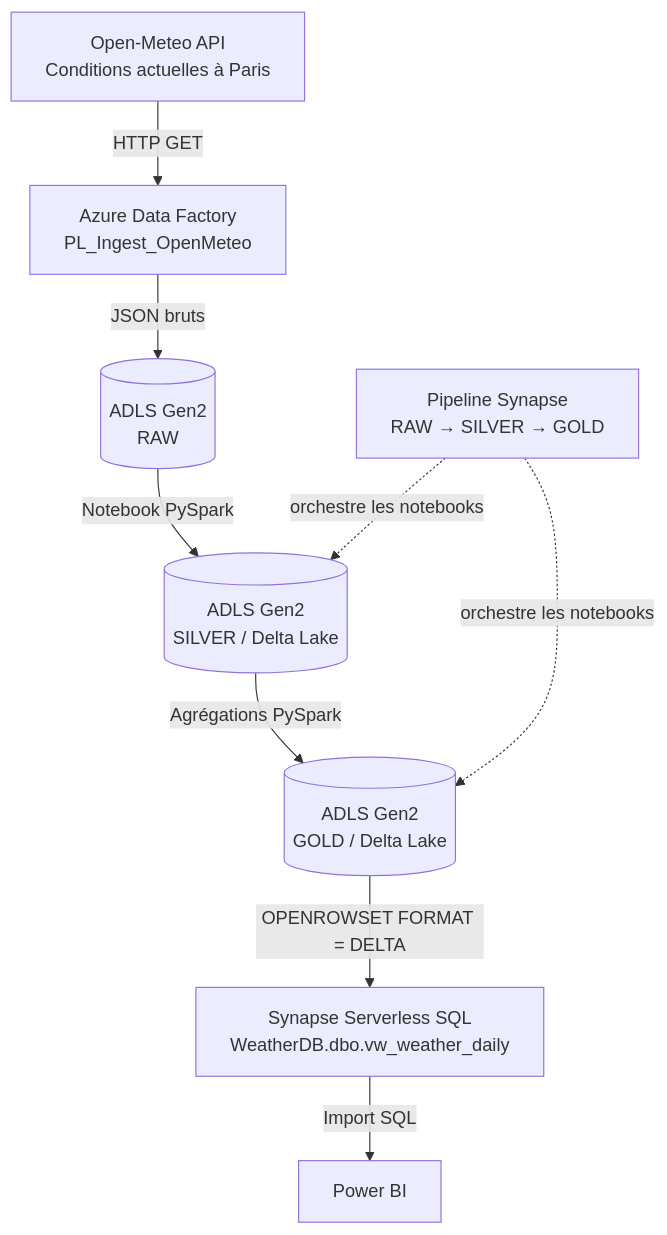
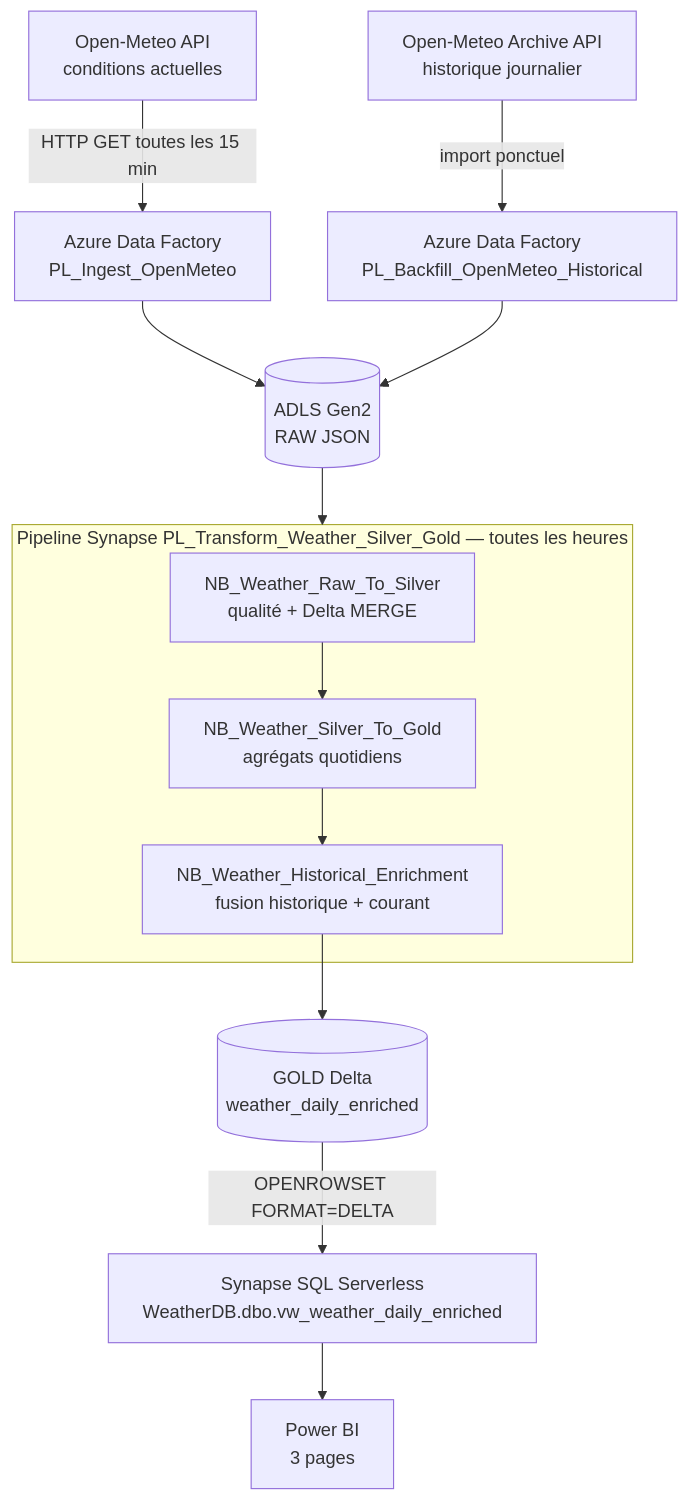
Before and after one commit to RayelenGuesmi/5CLOU-Paris-Weather-Analytics: the diagram in README.md, drawn with Mermaid. The commit also changed other lines of this file, not shown here.

````diff
--- a/README.md
+++ b/README.md
@@ -11,11 +11,15 @@
 ```mermaid
 flowchart TD
-    A[Open-Meteo API<br/>Conditions actuelles à Paris] -->|HTTP GET| B[Azure Data Factory<br/>PL_Ingest_OpenMeteo]
-    B -->|JSON bruts| C[(ADLS Gen2<br/>RAW)]
-    C -->|Notebook PySpark| D[(ADLS Gen2<br/>SILVER / Delta Lake)]
-    D -->|Agrégations PySpark| E[(ADLS Gen2<br/>GOLD / Delta Lake)]
-    E -->|OPENROWSET FORMAT = DELTA| F[Synapse Serverless SQL<br/>WeatherDB.dbo.vw_weather_daily]
-    F -->|Import SQL| G[Power BI]
-    H[Pipeline Synapse<br/>RAW → SILVER → GOLD] -. orchestre les notebooks .-> D
-    H -. orchestre les notebooks .-> E
+    A[Open-Meteo API<br/>conditions actuelles] -->|HTTP GET toutes les 15 min| B[Azure Data Factory<br/>PL_Ingest_OpenMeteo]
+    A2[Open-Meteo Archive API<br/>historique journalier] -->|import ponctuel| B2[Azure Data Factory<br/>PL_Backfill_OpenMeteo_Historical]
+    B --> C[(ADLS Gen2<br/>RAW JSON)]
+    B2 --> C
+    C --> P
+    subgraph P[Pipeline Synapse PL_Transform_Weather_Silver_Gold — toutes les heures]
+      D[NB_Weather_Raw_To_Silver<br/>qualité + Delta MERGE] --> E[NB_Weather_Silver_To_Gold<br/>agrégats quotidiens]
+      E --> F[NB_Weather_Historical_Enrichment<br/>fusion historique + courant]
+    end
+    F --> G[(GOLD Delta<br/>weather_daily_enriched)]
+    G -->|OPENROWSET FORMAT=DELTA| H[Synapse SQL Serverless<br/>WeatherDB.dbo.vw_weather_daily_enriched]
+    H --> I[Power BI<br/>3 pages]
 ```
````
